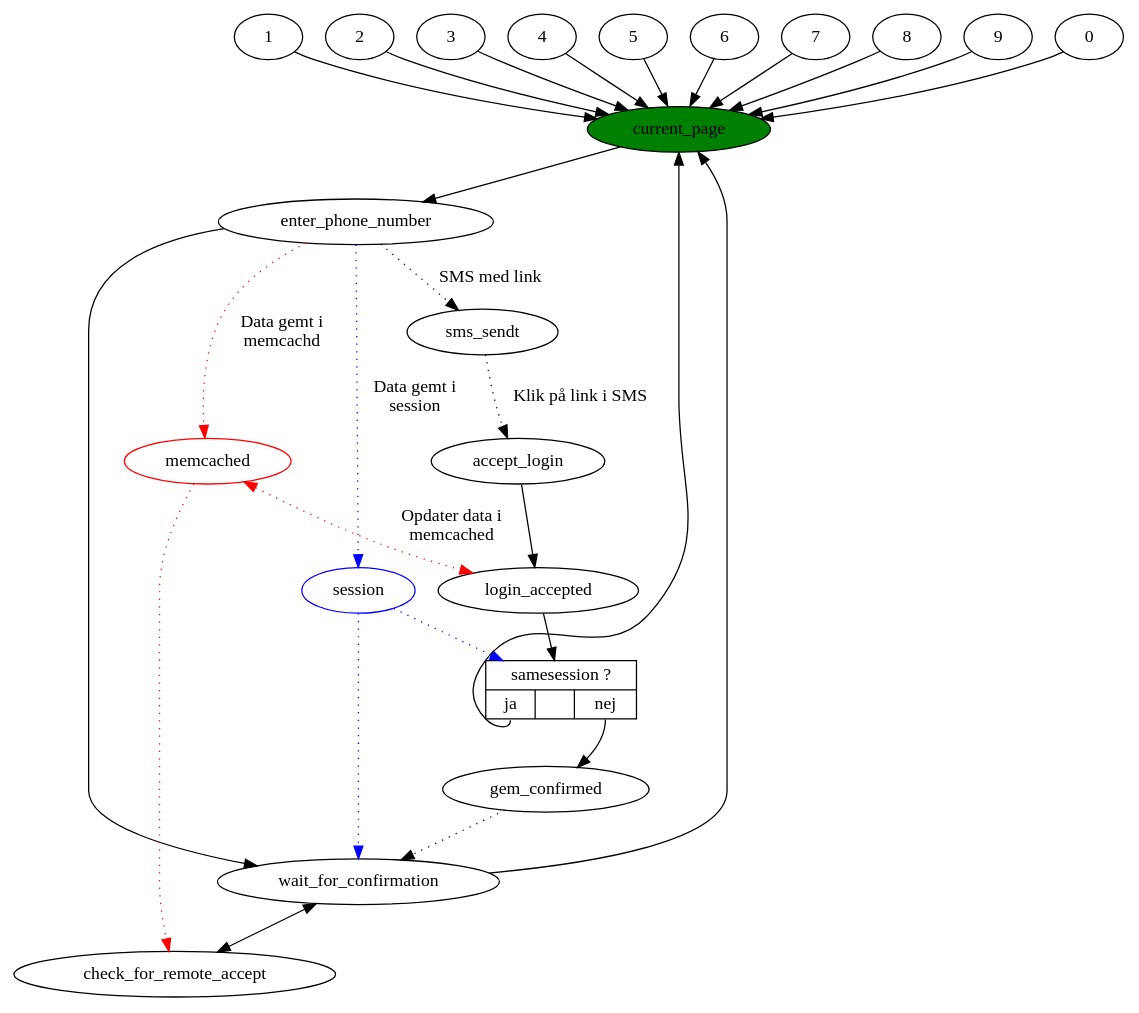
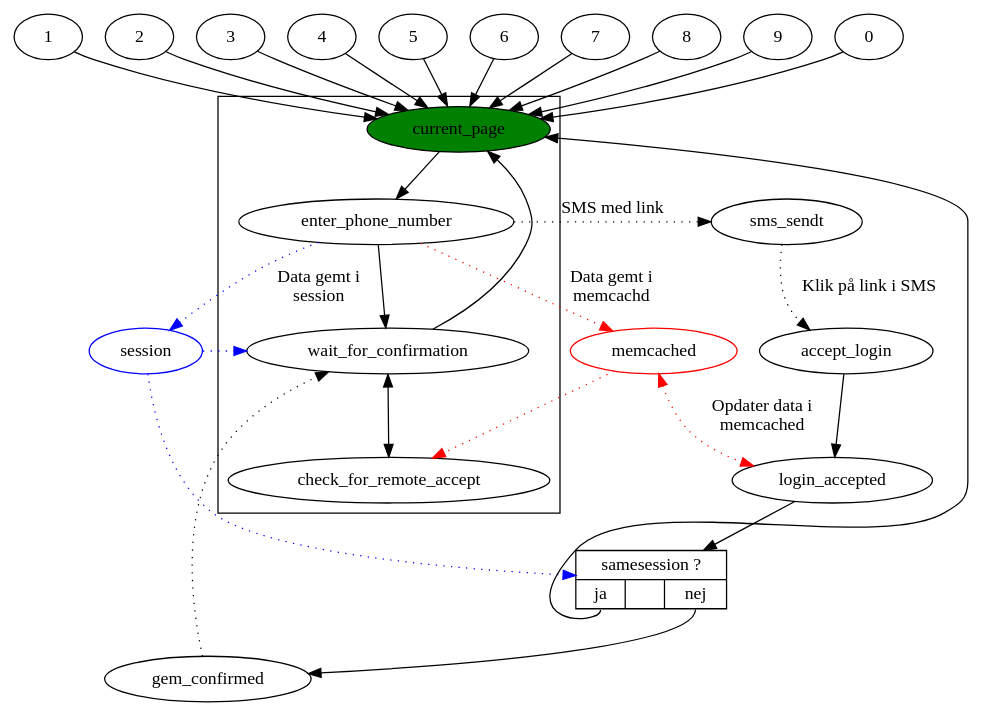
Before and after one commit to alslug/alslug.dk: the diagram in projekter/sms-login.dot, drawn with Graphviz.

```diff
--- a/projekter/sms-login.dot
+++ b/projekter/sms-login.dot
@@ -1,47 +1,47 @@
 digraph xxx {
   {1,2,3,4,5,6,7,8,9,0} -> current_page;
   {
     edge [ color=red style=dotted ];
 ////////////////////////////////////////////////////////////////////////////////////////////
     enter_phone_number -> memcached [ label="Data gemt i \nmemcachd"]; /////
                           memcached [ color = red ];
                           memcached -> check_for_remote_accept;
                           memcached -> login_accepted [ label = "Opdater data i \nmemcached" dir=both ];
 ////////////////////////////////////////////////////////////////////////////////////////////
   }
   {
     edge [ color=blue style=dotted ];
 ////////////////////////////////////////////////////////////////////////////////////////////
         enter_phone_number -> session [ label="Data gemt i \nsession"];    /////
                               session [ color = blue ];
                               session -> wait_for_confirmation;
                               session -> same_session;
 ////////////////////////////////////////////////////////////////////////////////////////////
   }
-  subgraph x_cluster {
+  subgraph cluster_x {
     current_page [ style=filled fillcolor=green ];
     current_page ->
           enter_phone_number ->
                 wait_for_confirmation ->
                       current_page;
                 wait_for_confirmation ->
                       check_for_remote_accept [ dir=both ];
   }
   same_session [ shape=record label="{samesession ?|{<ja> ja| &nbsp; |<nej> nej}}" ];
 ////////////////////////////////////////////////////////////////////////////////////////////
         enter_phone_number -> sms_sendt [ style= dotted label="SMS med link"];         /////
 ////////////////////////////////////////////////////////////////////////////////////////////
   sms_sendt ->
         accept_login [ style=dotted label="Klik på link i SMS" ];
         accept_login ->
               login_accepted->
                     same_session;
                     same_session:ja ->
                           current_page;
                     same_session:nej ->
                           gem_confirmed;
 ////////////////////////////////////////////////////////////////////////////////////////////
                           gem_confirmed ->                                       /////
                                 wait_for_confirmation [ style=dotted ];          /////
 ////////////////////////////////////////////////////////////////////////////////////////////
 }
```
